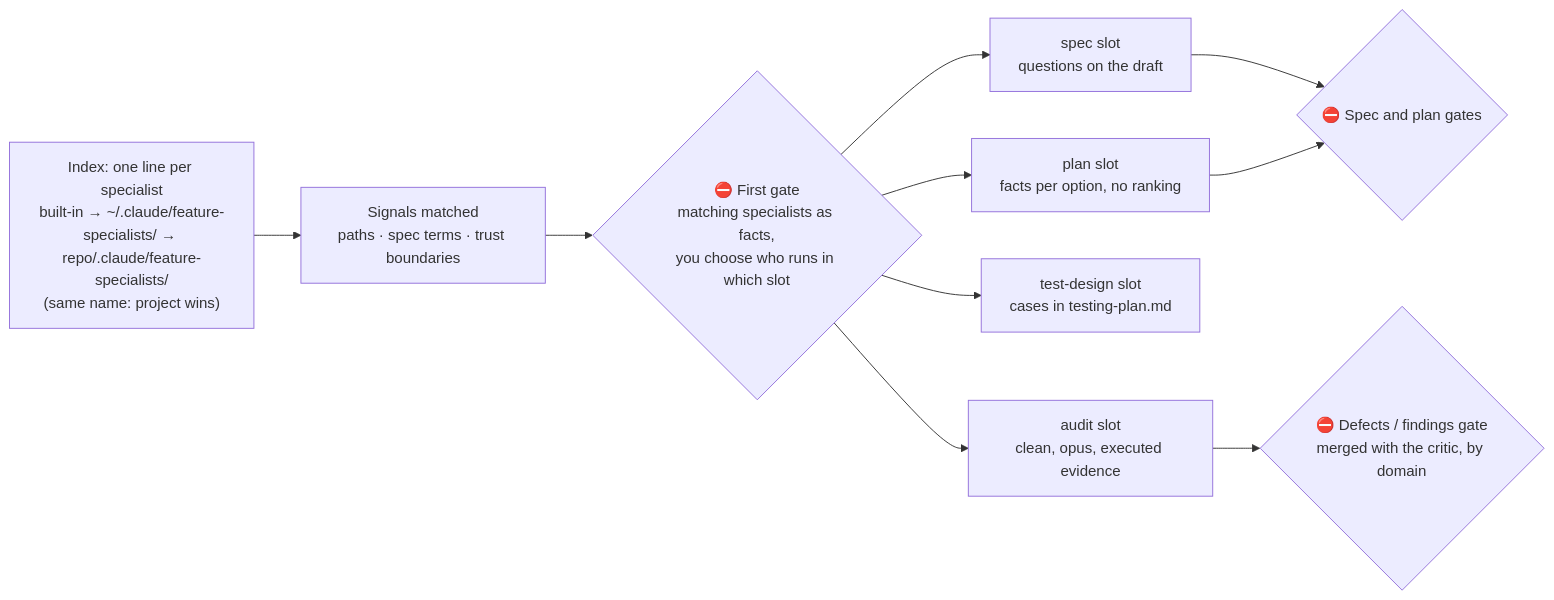
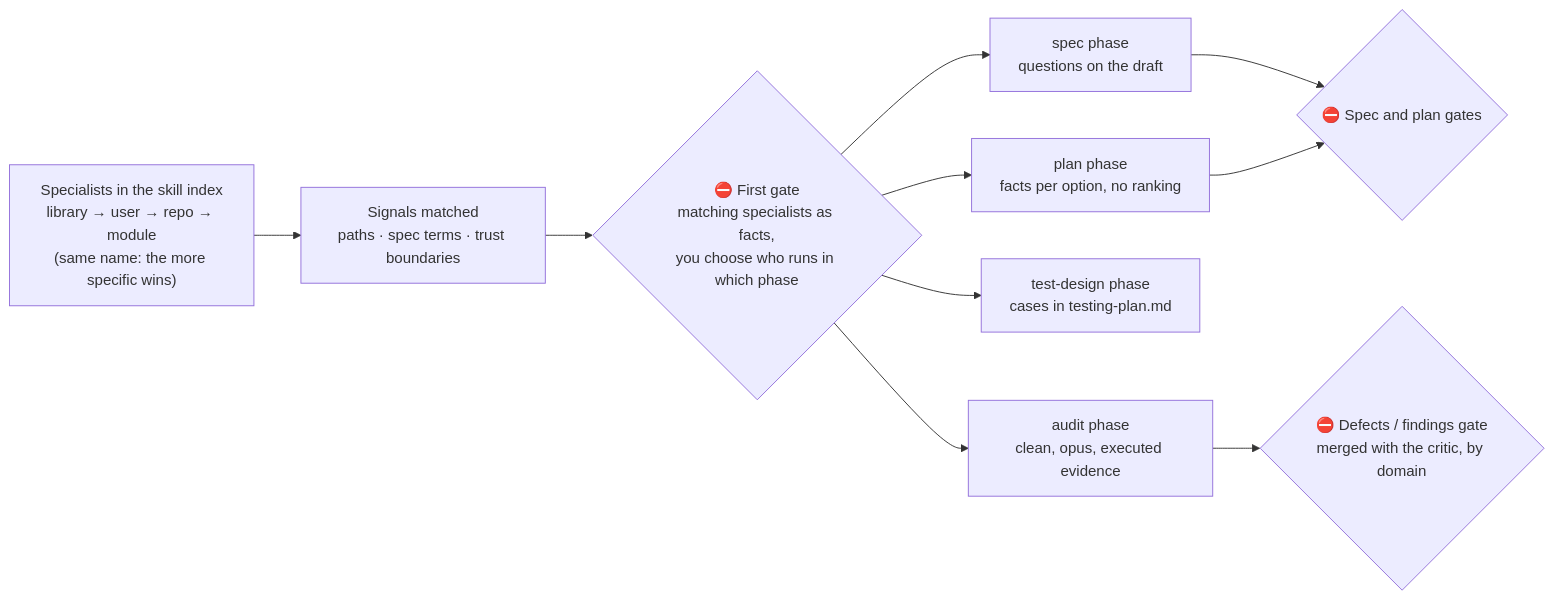
Diagram 11 of 12 in docs/architecture.md (mariopedemonte12/claude-feature-workflow), drawn with Mermaid before and after one commit. The commit also changed other lines of this file and 49 other files, not shown here.

````diff
--- a/docs/architecture.md
+++ b/docs/architecture.md
@@ -341,11 +346,11 @@
 ```mermaid
 flowchart LR
-    IX["Index: one line per specialist<br/>built-in → ~/.claude/feature-specialists/ → repo/.claude/feature-specialists/<br/>(same name: project wins)"] --> SG["Signals matched<br/>paths · spec terms · trust boundaries"]
-    SG --> G{"⛔ First gate<br/>matching specialists as facts,<br/>you choose who runs in which slot"}
-    G --> S1["spec slot<br/>questions on the draft"]
-    G --> S2["plan slot<br/>facts per option, no ranking"]
-    G --> S3["test-design slot<br/>cases in testing-plan.md"]
-    G --> S4["audit slot<br/>clean, opus, executed evidence"]
+    IX["Specialists in the skill index<br/>library → user → repo → module<br/>(same name: the more specific wins)"] --> SG["Signals matched<br/>paths · spec terms · trust boundaries"]
+    SG --> G{"⛔ First gate<br/>matching specialists as facts,<br/>you choose who runs in which phase"}
+    G --> S1["spec phase<br/>questions on the draft"]
+    G --> S2["plan phase<br/>facts per option, no ranking"]
+    G --> S3["test-design phase<br/>cases in testing-plan.md"]
+    G --> S4["audit phase<br/>clean, opus, executed evidence"]
     S1 & S2 --> GA{"⛔ Spec and plan gates"}
     S4 --> GD{"⛔ Defects / findings gate<br/>merged with the critic, by domain"}
 ```
````
